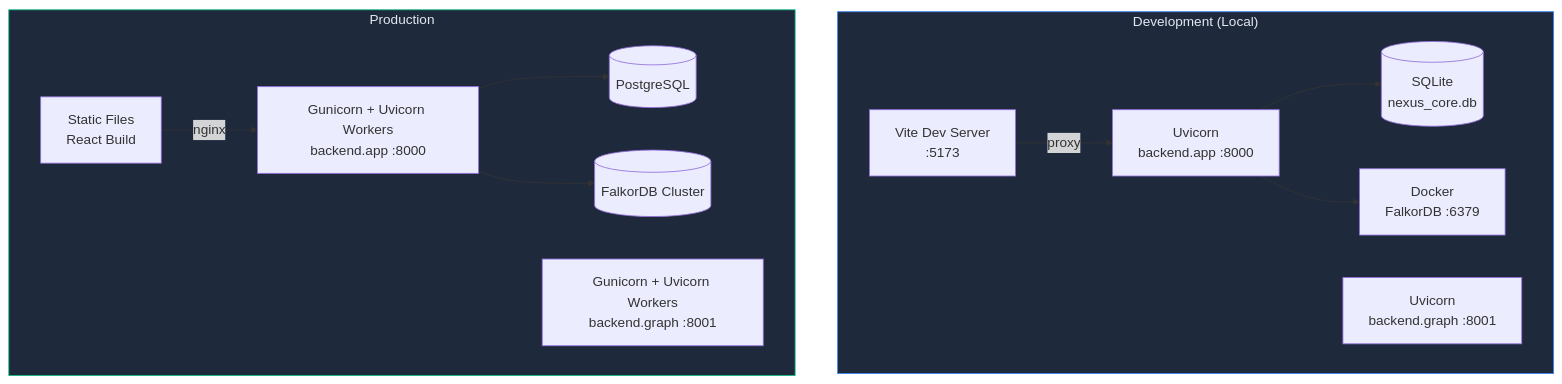
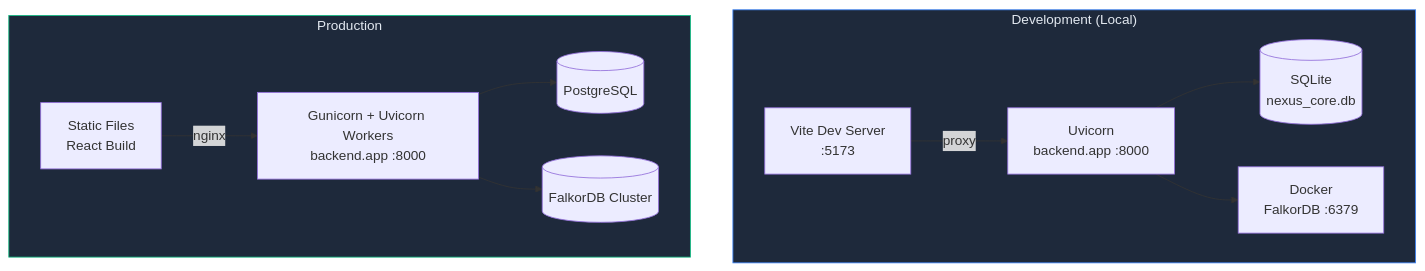
One commit to rkrumins/dataviz changed the sixth of 6 diagrams in docs/ARCHITECTURE.md. Above: the diagram before and after it, drawn with Mermaid. The commit also changed other lines of this file and 14 other files, not shown here.

````diff
--- a/docs/ARCHITECTURE.md
+++ b/docs/ARCHITECTURE.md
@@ -373,29 +361,27 @@
 ```mermaid
 graph TB
     subgraph Dev["Development (Local)"]
         Vite[Vite Dev Server<br/>:5173]
         Uvicorn1[Uvicorn<br/>backend.app :8000]
-        Uvicorn2[Uvicorn<br/>backend.graph :8001]
         SQLite[(SQLite<br/>nexus_core.db)]
         Docker[Docker<br/>FalkorDB :6379]
     end
 
     subgraph Prod["Production"]
         Static[Static Files<br/>React Build]
         Gunicorn1[Gunicorn + Uvicorn Workers<br/>backend.app :8000]
-        Gunicorn2[Gunicorn + Uvicorn Workers<br/>backend.graph :8001]
         PG[(PostgreSQL)]
         FDB2[(FalkorDB Cluster)]
     end
 
     Vite -->|proxy| Uvicorn1
     Uvicorn1 --> SQLite
     Uvicorn1 --> Docker
 
     Static -->|nginx| Gunicorn1
     Gunicorn1 --> PG
     Gunicorn1 --> FDB2
 
     style Dev fill:#1e293b,stroke:#3b82f6,color:#e2e8f0
     style Prod fill:#1e293b,stroke:#10b981,color:#e2e8f0
 ```
````
